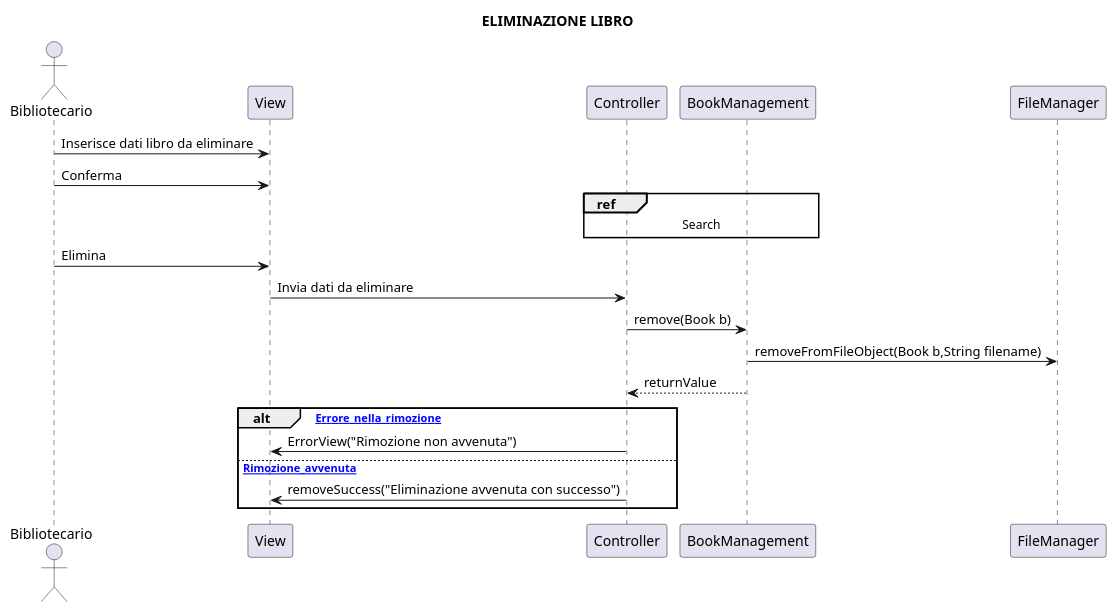
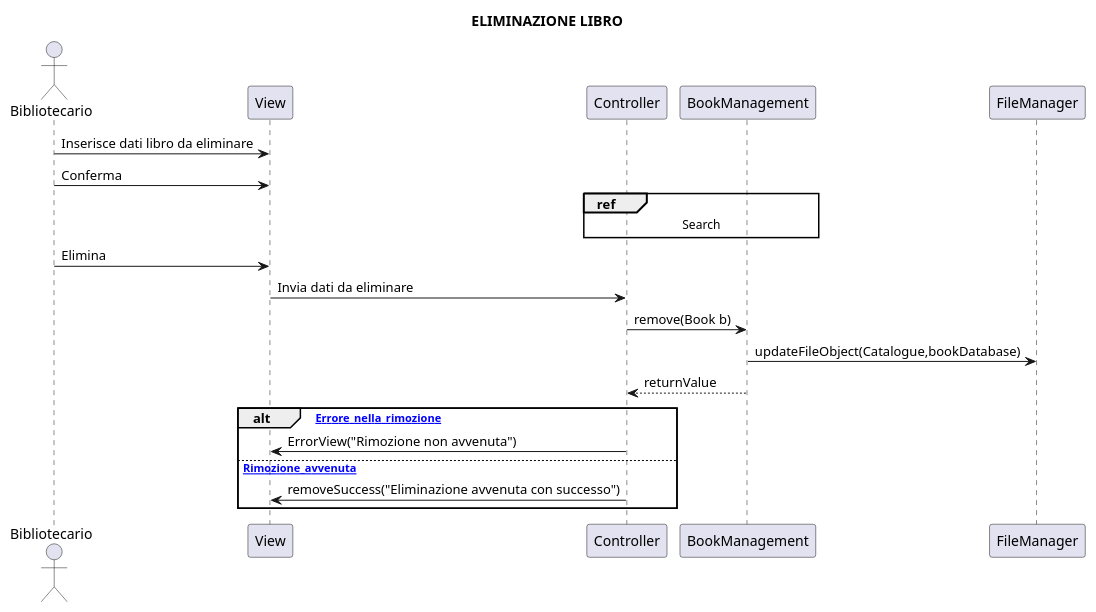
One commit to brunooliva7/Project-Ingegneria-del-Software14 changed the diagram in gruppo14BibliotecaUniversitaria/uml/CancellazioneLibro.puml. Above: the diagram before and after it, drawn with PlantUML. The commit also changed 10 other files, not shown here.

```diff
--- a/gruppo14BibliotecaUniversitaria/uml/CancellazioneLibro.puml
+++ b/gruppo14BibliotecaUniversitaria/uml/CancellazioneLibro.puml
@@ -1,25 +1,25 @@
 @startuml
 title ELIMINAZIONE LIBRO
 
 actor Bibliotecario
 participant View
 participant Controller 
 participant BookManagement
 participant FileManager
 
 Bibliotecario -> View : Inserisce dati libro da eliminare
 Bibliotecario -> View : Conferma
 ref over Controller,BookManagement
 Search
 end
 Bibliotecario -> View : Elimina
 View -> Controller : Invia dati da eliminare
 Controller -> BookManagement : remove(Book b)
-BookManagement -> FileManager : removeFromFileObject(Book b,String filename)
+BookManagement -> FileManager : updateFileObject(Catalogue,bookDatabase)
 BookManagement --> Controller : returnValue
 alt [Errore_nella_rimozione]
 Controller -> View : ErrorView("Rimozione non avvenuta")
 else [Rimozione_avvenuta]
 Controller -> View : removeSuccess("Eliminazione avvenuta con successo")
 end
 @enduml
```
